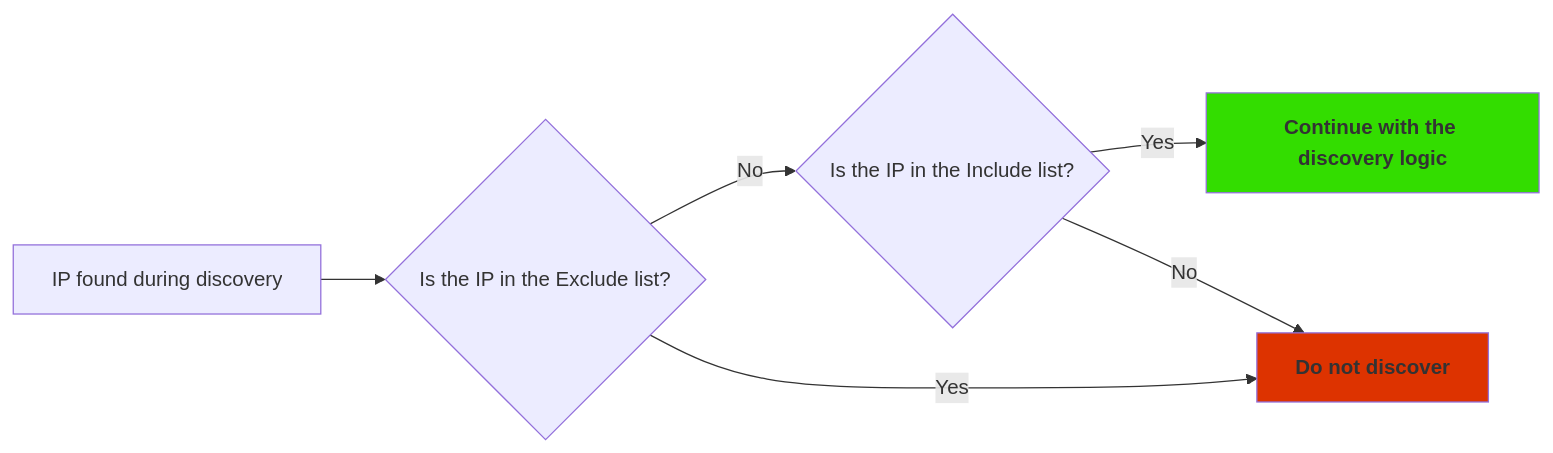
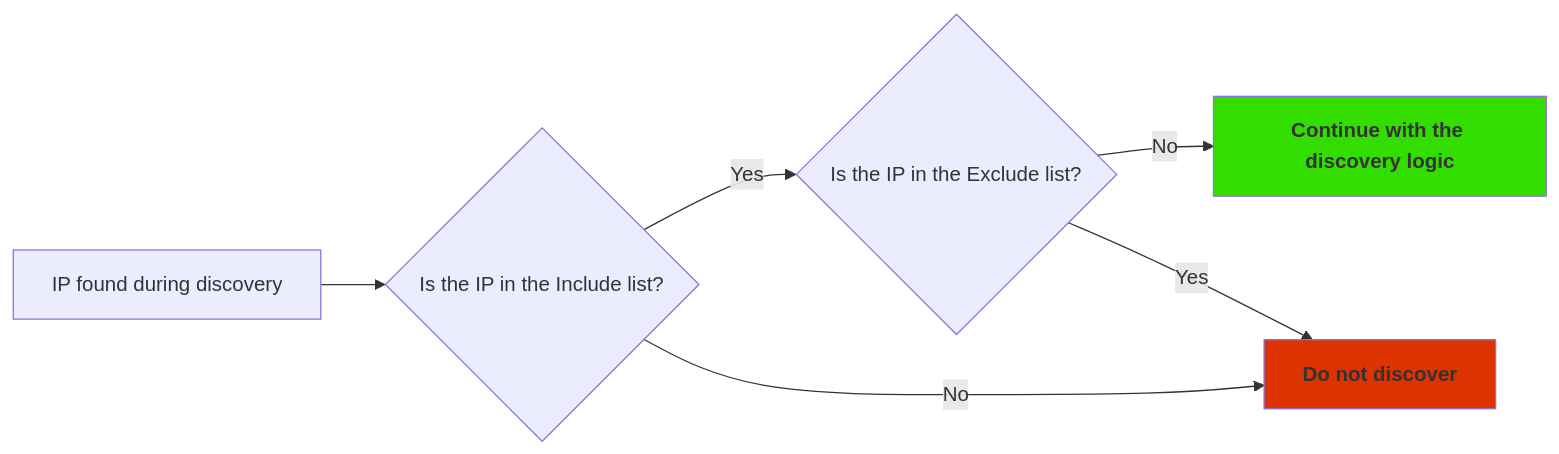
The diagram in docs/IP_Fabric_Settings/Discovery_and_Snapshots/Discovery_Settings/discovery/ip_scope.md (ipfabric/docs), drawn with Mermaid before and after one commit.

Commit message:
ST-451: IP Scope order of evaluation

````diff
--- a/docs/IP_Fabric_Settings/Discovery_and_Snapshots/Discovery_Settings/discovery/ip_scope.md
+++ b/docs/IP_Fabric_Settings/Discovery_and_Snapshots/Discovery_Settings/discovery/ip_scope.md
@@ -15,12 +15,12 @@
 ```mermaid
 graph LR
-    ip[IP found during discovery] --> exclude{Is the IP in the Exclude list?}
+    ip[IP found during discovery] --> include{Is the IP in the Include list?}
 
-    exclude -->|No| include{Is the IP in the Include list?}
-      include -->|Yes| continue[<strong>Continue with the discovery logic</strong>]
-      include --> |No| doNotDiscover[<strong>Do not discover</strong>]
-    exclude -->|Yes| doNotDiscover
+    include -->|Yes| exclude{Is the IP in the Exclude list?}
+      exclude --> |No| continue[<strong>Continue with the discovery logic</strong>]
+      exclude --> |Yes| doNotDiscover[<strong>Do not discover</strong>]
+    include -->|No| doNotDiscover[<strong>Do not discover</strong>]
 
     style continue fill:#33dd00
     style doNotDiscover fill:#dd3300
 ```
````
